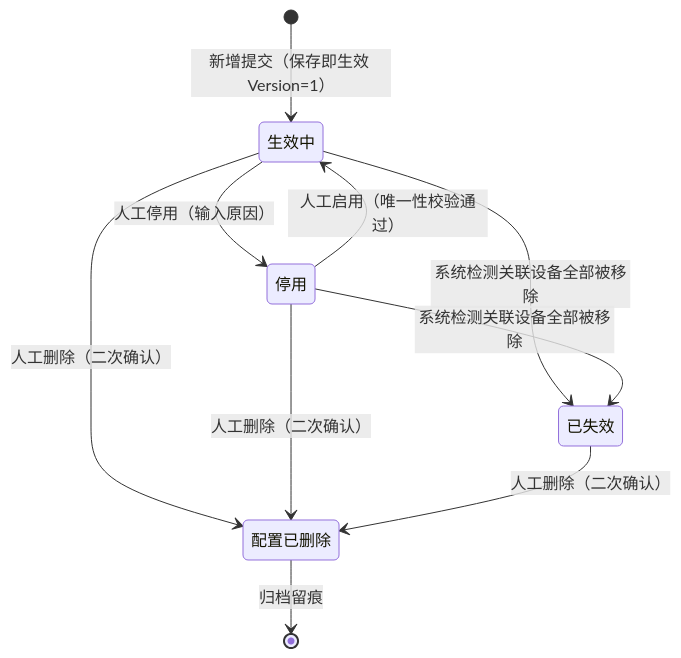
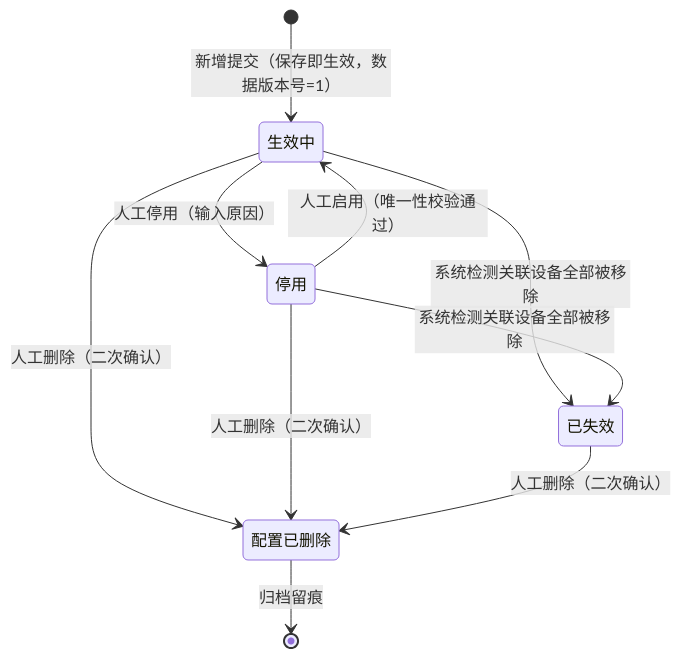
One commit to RobertHuang999/SYZC changed the first of 3 diagrams in 02-PRD文档/B-迭代需求/6.2版本（2026.08）/03-预警配置/02设备预警配置/设备预警配置业务规则规格.md. Above: the diagram before and after it, drawn with Mermaid. The commit also changed other lines of this file and 23 other files, not shown here.

````diff
--- a/02-PRD文档/B-迭代需求/6.2版本（2026.08）/03-预警配置/02设备预警配置/设备预警配置业务规则规格.md
+++ b/02-PRD文档/B-迭代需求/6.2版本（2026.08）/03-预警配置/02设备预警配置/设备预警配置业务规则规格.md
@@ -51,12 +52,12 @@
 ```mermaid
 stateDiagram-v2
-    [*] --> 生效中 : 新增提交（保存即生效 Version=1）
+    [*] --> 生效中 : 新增提交（保存即生效，数据版本号=1）
     生效中 --> 停用 : 人工停用（输入原因）
     停用 --> 生效中 : 人工启用（唯一性校验通过）
     生效中 --> 已失效 : 系统检测关联设备全部被移除
     停用 --> 已失效 : 系统检测关联设备全部被移除
     生效中 --> 配置已删除 : 人工删除（二次确认）
     停用 --> 配置已删除 : 人工删除（二次确认）
     已失效 --> 配置已删除 : 人工删除（二次确认）
     配置已删除 --> [*] : 归档留痕
 ```
````
